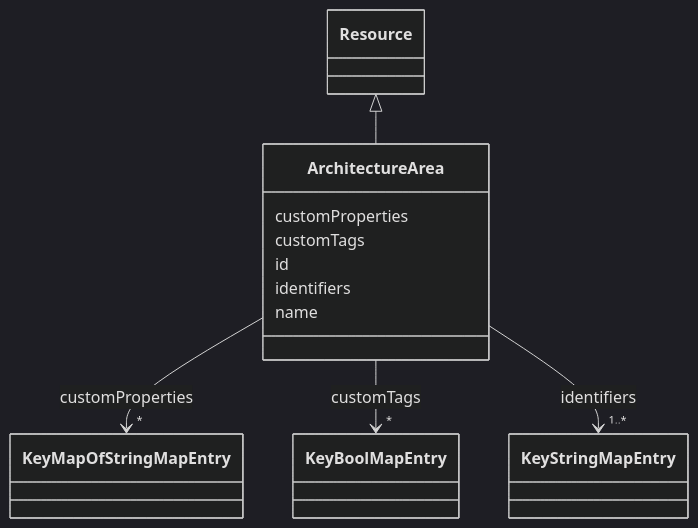
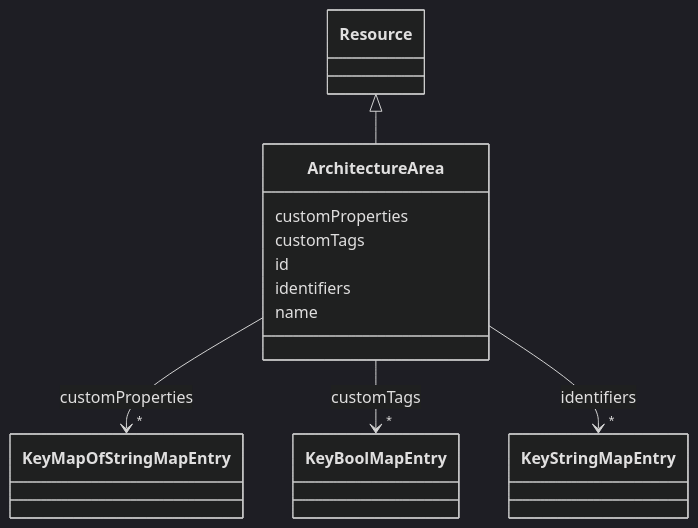
The diagram in docs/ArchitectureArea.md (takashikasuya/smartbuiding_ontology), drawn with Mermaid (dark theme) before and after one commit. The commit also changed other lines of this file and 89 other files, not shown here.

````diff
--- a/docs/ArchitectureArea.md
+++ b/docs/ArchitectureArea.md
@@ -18,46 +18,46 @@
 ```mermaid
  classDiagram
     class ArchitectureArea
     click ArchitectureArea href "../ArchitectureArea/"
       Resource <|-- ArchitectureArea
         click Resource href "../Resource/"
       
       ArchitectureArea : customProperties
         
           
     
         
         
         ArchitectureArea --> "*" KeyMapOfStringMapEntry : customProperties
         click KeyMapOfStringMapEntry href "../KeyMapOfStringMapEntry/"
     
 
         
       ArchitectureArea : customTags
         
           
     
         
         
         ArchitectureArea --> "*" KeyBoolMapEntry : customTags
         click KeyBoolMapEntry href "../KeyBoolMapEntry/"
     
 
         
       ArchitectureArea : id
         
       ArchitectureArea : identifiers
         
           
     
         
         
-        ArchitectureArea --> "1..*" KeyStringMapEntry : identifiers
+        ArchitectureArea --> "*" KeyStringMapEntry : identifiers
         click KeyStringMapEntry href "../KeyStringMapEntry/"
     
 
         
       ArchitectureArea : name
         
       
 ```
````
